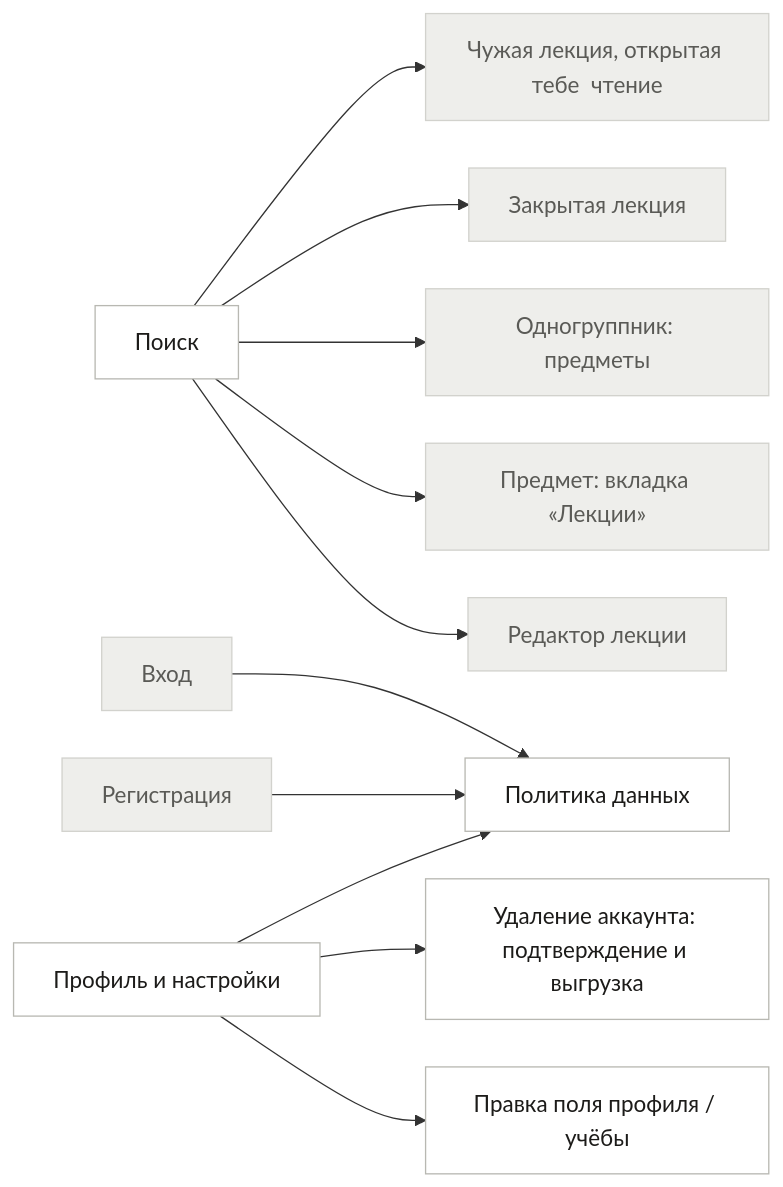
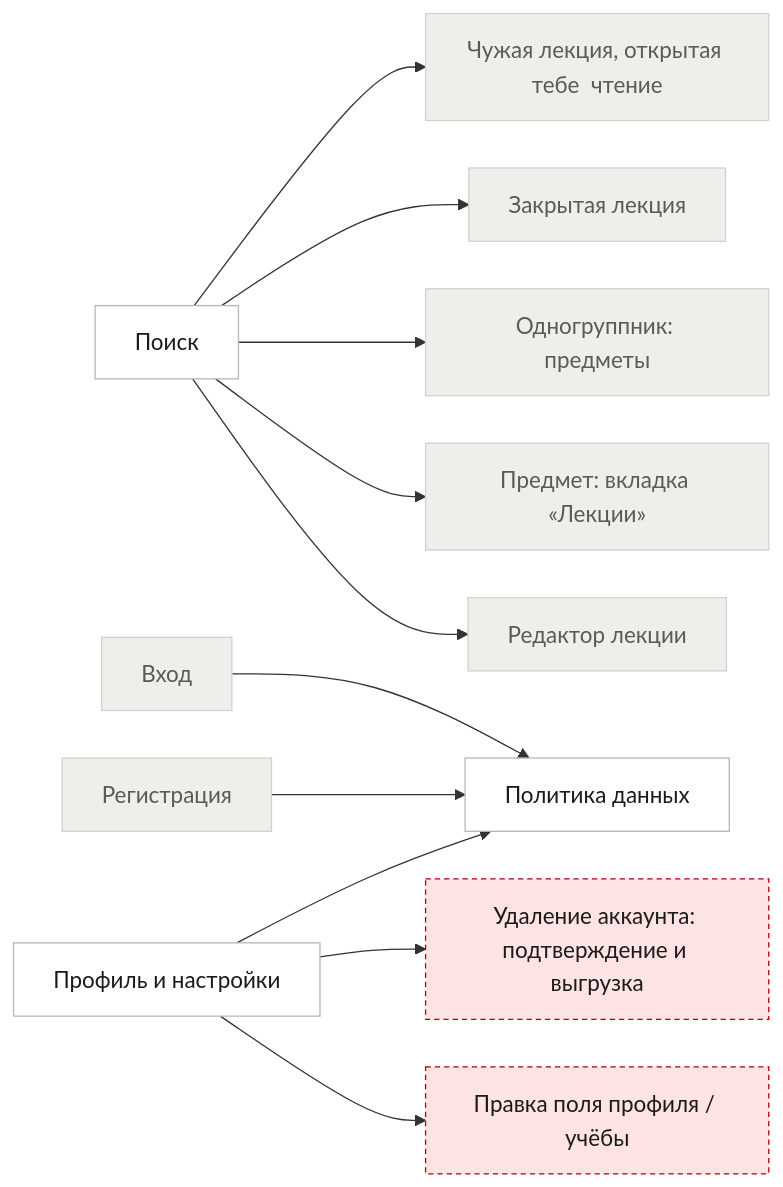
One commit to misha-quartzevsky/cohorta changed the third of 6 diagrams in docs/design/ia/userflow.md. Above: the diagram before and after it, drawn with Mermaid. The commit also changed other lines of this file and 7 other files, not shown here.

````diff
--- a/docs/design/ia/userflow.md
+++ b/docs/design/ia/userflow.md
@@ -214,42 +220,42 @@
 ```mermaid
 %%{init:{"themeVariables":{"fontSize":"17px"},"flowchart":{"nodeSpacing":36,"rankSpacing":80,"curve":"basis"}}}%%
 flowchart LR
   search["Поиск"]
   settings["Профиль и настройки"]
   settings_edit["Правка поля профиля / учёбы"]
   account_delete["Удаление аккаунта: подтверждение и выгрузка"]
   policy["Политика данных"]
   editor["Редактор лекции"]
   g_closed["Закрытая лекция"]
   g_member["Одногруппник: предметы"]
   g_read["Чужая лекция, открытая тебе  чтение "]
   login["Вход"]
   register["Регистрация"]
   subject["Предмет: вкладка «Лекции»"]
   login --> policy
   register --> policy
   search --> editor
   search --> subject
   search --> g_member
   search --> g_closed
   search --> g_read
   settings --> settings_edit
   settings --> policy
   settings --> account_delete
   classDef ok fill:#FFFFFF,stroke:#B8B8B2,color:#1C1B19
   classDef no fill:#FDE3E3,stroke:#B00008,stroke-dasharray:4 3,color:#1C1B19
   classDef ex fill:#EEEEEB,stroke:#D2D2CD,color:#5A5A56
   classDef vi fill:#FDEBDB,stroke:#E86800,color:#1C1B19
   class search ok
   class settings ok
-  class settings_edit ok
-  class account_delete ok
+  class settings_edit no
+  class account_delete no
   class policy ok
   class editor ex
   class g_closed ex
   class g_member ex
   class g_read ex
   class login ex
   class register ex
   class subject ex
 ```
````
